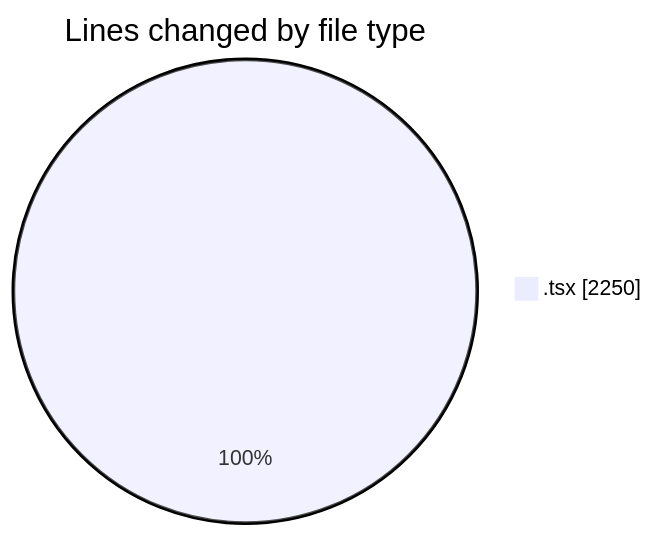
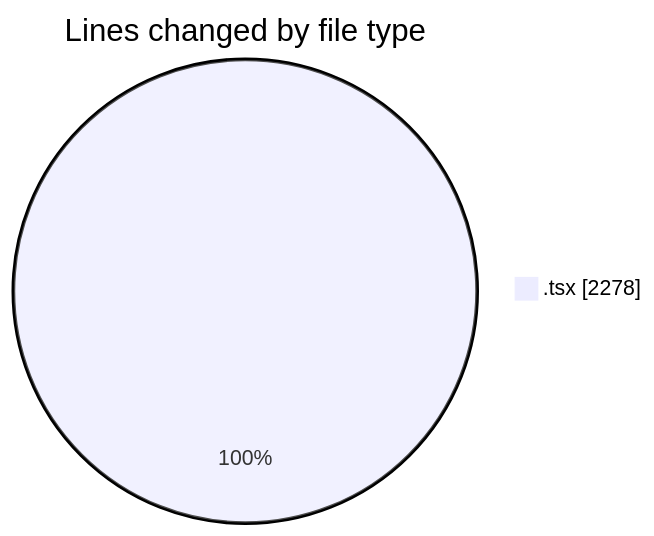
One commit to momahboobian/code-tracking changed the first of 2 diagrams in 2025-06-13/cda/README.md. Above: the diagram before and after it, drawn with Mermaid. The commit also changed other lines of this file and 1 other file, not shown here.

````diff
--- a/2025-06-13/cda/README.md
+++ b/2025-06-13/cda/README.md
@@ -25,5 +25,5 @@
 ```mermaid
 pie showData
 title Lines changed by file type
-".tsx" : 2250
+".tsx" : 2278
 ```
````
